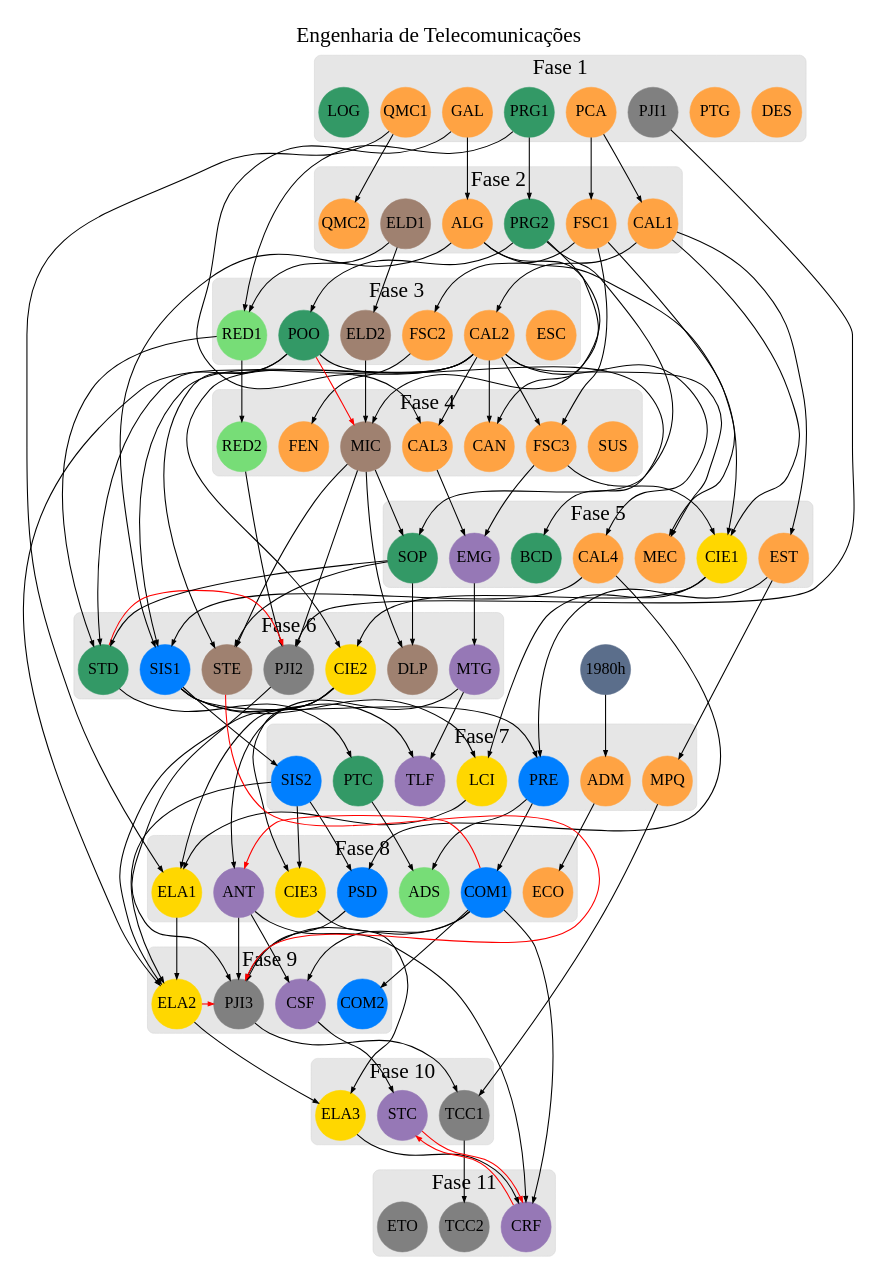
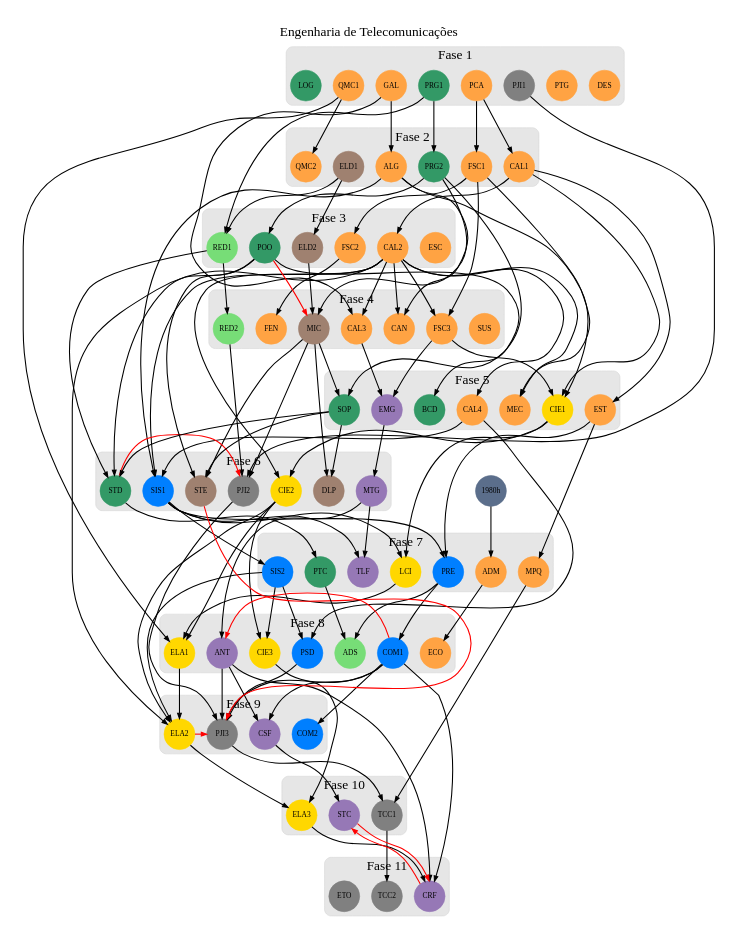
The diagram in engtelecom.dot (emersonmello/grade-dot-engtelecom), drawn with Graphviz before and after one commit.

Commit message:
ajuste propriedades graph e node

```diff
--- a/engtelecom.dot
+++ b/engtelecom.dot
@@ -8,8 +8,8 @@
    
     // bgcolor="#2e3e56"
 	  pad="0.5" /* add padding round the edge of the graph */
-    graph [nodesep=0.3, ranksep=1.6, fontname="helvetica Neue Ultra Light" ,fontsize=40, fontcolor="#000000"]
-    node [shape="circle", width="1.3", style="filled", labelloc=c, fontname="helvetica Neue Ultra Light bold" fontsize=30 fixedsize=true]
+    graph [nodesep=0.3, ranksep=1.3, fontname="helvetica Neue Ultra Light", fontcolor="#000000" fontsize=25]
+    node [shape="circle", width=".8", style="filled", labelloc=c, fontname="helvetica Neue Ultra Light bold"fixedsize=true]
     // edge [color="#fcfcfc", penwidth="2", fontname="helvetica Neue Ultra Light"]
     edge [color="#000000", penwidth="2", fontname="helvetica Neue Ultra Light"]
 
```
